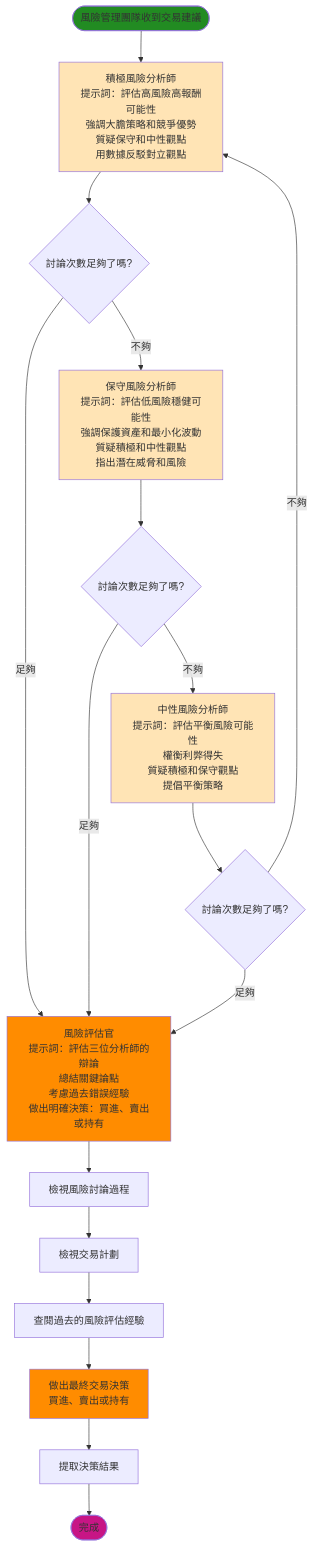
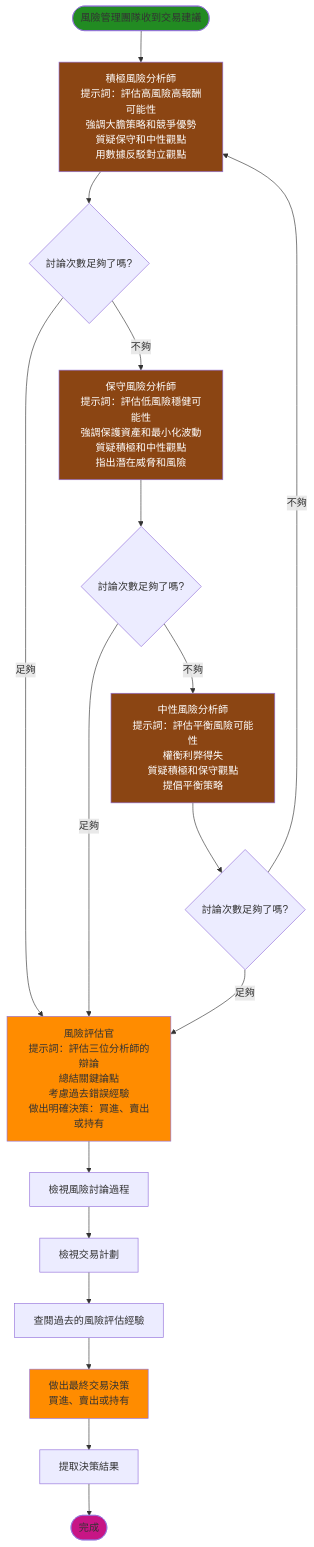
Before and after one commit to chitienshih-wq/Git_Test: the eighth of 9 diagrams in 流程圖_簡化.md, drawn with Mermaid. The commit also changed other lines of this file, not shown here.

````diff
--- a/流程圖_簡化.md
+++ b/流程圖_簡化.md
@@ -214,34 +214,34 @@
 ```mermaid
 flowchart TD
     Start([風險管理團隊收到交易建議]) --> RiskyAnalyst[積極風險分析師<br/>提示詞：評估高風險高報酬可能性<br/>強調大膽策略和競爭優勢<br/>質疑保守和中性觀點<br/>用數據反駁對立觀點]
     
     RiskyAnalyst --> CheckRounds{討論次數足夠了嗎?}
     
     CheckRounds -->|不夠| SafeAnalyst[保守風險分析師<br/>提示詞：評估低風險穩健可能性<br/>強調保護資產和最小化波動<br/>質疑積極和中性觀點<br/>指出潛在威脅和風險]
     CheckRounds -->|足夠| RiskJudge[風險評估官<br/>提示詞：評估三位分析師的辯論<br/>總結關鍵論點<br/>考慮過去錯誤經驗<br/>做出明確決策：買進、賣出或持有]
     
     SafeAnalyst --> CheckRounds2{討論次數足夠了嗎?}
     
     CheckRounds2 -->|不夠| NeutralAnalyst[中性風險分析師<br/>提示詞：評估平衡風險可能性<br/>權衡利弊得失<br/>質疑積極和保守觀點<br/>提倡平衡策略]
     CheckRounds2 -->|足夠| RiskJudge
     
     NeutralAnalyst --> CheckRounds3{討論次數足夠了嗎?}
     
     CheckRounds3 -->|不夠| RiskyAnalyst
     CheckRounds3 -->|足夠| RiskJudge
     
     RiskJudge --> ReviewDiscussion[檢視風險討論過程]
     ReviewDiscussion --> ReviewPlan[檢視交易計劃]
     ReviewPlan --> CheckMemory[查閱過去的風險評估經驗]
     CheckMemory --> MakeFinalDecision[做出最終交易決策<br/>買進、賣出或持有]
     MakeFinalDecision --> ExtractDecision[提取決策結果]
     ExtractDecision --> End([完成])
     
     style Start fill:#228B22
     style End fill:#C71585
     style RiskJudge fill:#FF8C00
     style MakeFinalDecision fill:#FF8C00
-    style RiskyAnalyst fill:#FFE4B5
-    style SafeAnalyst fill:#FFE4B5
-    style NeutralAnalyst fill:#FFE4B5
+    style RiskyAnalyst fill:#8B4513,color:#FFFFFF
+    style SafeAnalyst fill:#8B4513,color:#FFFFFF
+    style NeutralAnalyst fill:#8B4513,color:#FFFFFF
 ```
````
